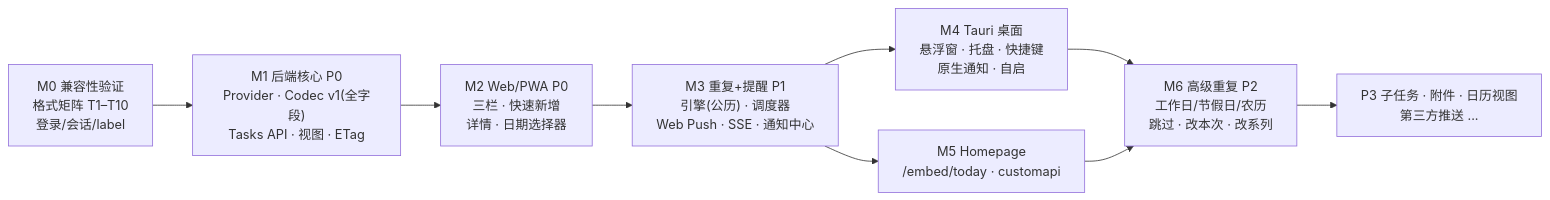
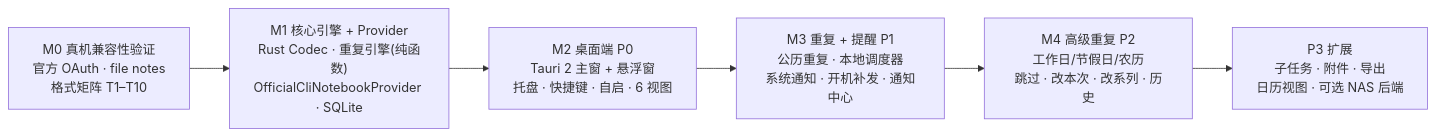
Before and after one commit to garyhj/ZSpaceMemo: the second of 2 diagrams in docs/DESIGN.md, drawn with Mermaid. The commit also changed other lines of this file and 1 other file, not shown here.

Commit message:
docs: update design to v0.2 (pure Tauri desktop + official zspace-cli OAuth2)

````diff
--- a/docs/DESIGN.md
+++ b/docs/DESIGN.md
@@ -675,11 +301,8 @@
 ```mermaid
 flowchart LR
-  M0["M0 兼容性验证<br/>格式矩阵 T1–T10<br/>登录/会话/label"] --> M1["M1 后端核心 P0<br/>Provider · Codec v1(全字段)<br/>Tasks API · 视图 · ETag"]
-  M1 --> M2["M2 Web/PWA P0<br/>三栏 · 快速新增<br/>详情 · 日期选择器"]
-  M2 --> M3["M3 重复+提醒 P1<br/>引擎(公历) · 调度器<br/>Web Push · SSE · 通知中心"]
-  M3 --> M4["M4 Tauri 桌面<br/>悬浮窗 · 托盘 · 快捷键<br/>原生通知 · 自启"]
-  M3 --> M5["M5 Homepage<br/>/embed/today · customapi"]
-  M4 --> M6["M6 高级重复 P2<br/>工作日/节假日/农历<br/>跳过 · 改本次 · 改系列"]
-  M5 --> M6
-  M6 --> P3["P3 子任务 · 附件 · 日历视图<br/>第三方推送 ..."]
+  M0["M0 真机兼容性验证<br/>官方 OAuth · file notes<br/>格式矩阵 T1–T10"] --> M1["M1 核心引擎 + Provider<br/>Rust Codec · 重复引擎(纯函数)<br/>OfficialCliNotebookProvider · SQLite"]
+  M1 --> M2["M2 桌面端 P0<br/>Tauri 2 主窗 + 悬浮窗<br/>托盘 · 快捷键 · 自启 · 6 视图"]
+  M2 --> M3["M3 重复 + 提醒 P1<br/>公历重复 · 本地调度器<br/>系统通知 · 开机补发 · 通知中心"]
+  M3 --> M4["M4 高级重复 P2<br/>工作日/节假日/农历<br/>跳过 · 改本次 · 改系列 · 历史"]
+  M4 --> P3["P3 扩展<br/>子任务 · 附件 · 导出<br/>日历视图 · 可选 NAS 后端"]
 ```
````
